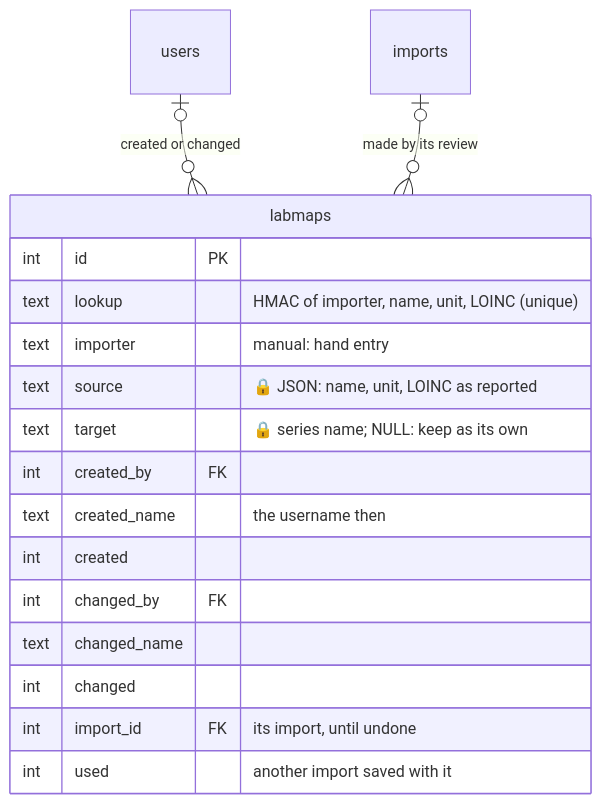
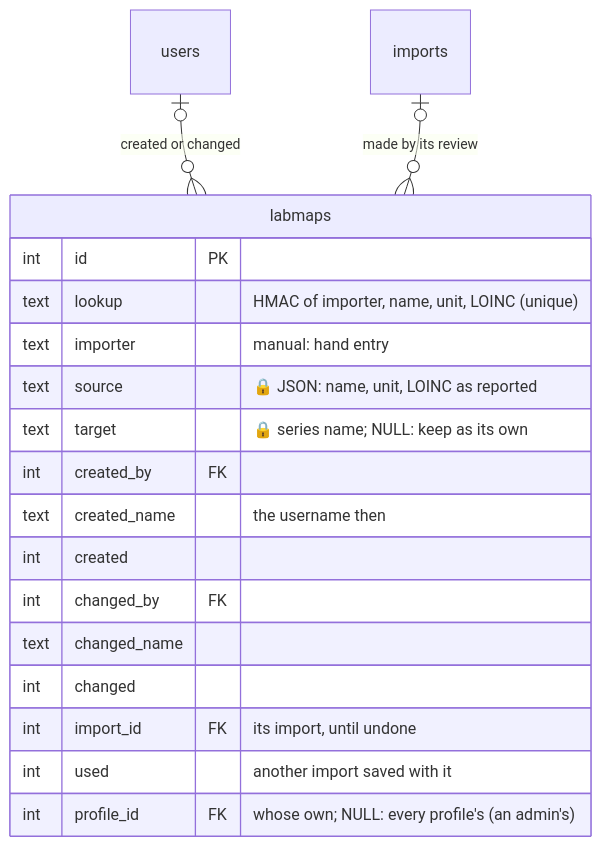
Before and after one commit to sanguity/sanguity: the third of 10 diagrams in docs/database.md, drawn with Mermaid. The commit also changed other lines of this file and 15 other files, not shown here.

````diff
--- a/docs/database.md
+++ b/docs/database.md
@@ -386,21 +389,22 @@
 ```mermaid
 erDiagram
     users |o--o{ labmaps : "created or changed"
     imports |o--o{ labmaps : "made by its review"
 
     labmaps {
         int id PK
         text lookup "HMAC of importer, name, unit, LOINC (unique)"
         text importer "manual: hand entry"
         text source "🔒 JSON: name, unit, LOINC as reported"
         text target "🔒 series name; NULL: keep as its own"
         int created_by FK
         text created_name "the username then"
         int created
         int changed_by FK
         text changed_name
         int changed
         int import_id FK "its import, until undone"
         int used "another import saved with it"
+        int profile_id FK "whose own; NULL: every profile's (an admin's)"
     }
 ```
````
